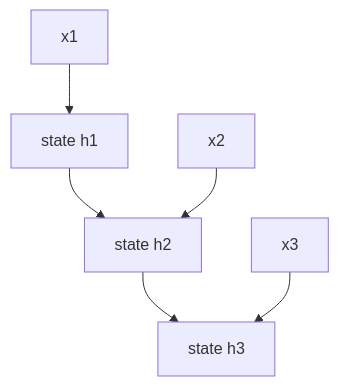
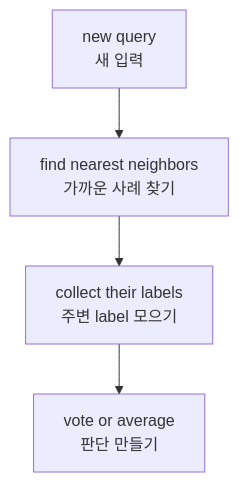
Before and after one commit to devchan64/AiBook: the first of 2 diagrams in docs/parts/part-04/chapter-12/section-01.md, drawn with Mermaid. The commit also changed other lines of this file and 213 other files, not shown here.

````diff
--- a/docs/parts/part-04/chapter-12/section-01.md
+++ b/docs/parts/part-04/chapter-12/section-01.md
@@ -135,15 +106,9 @@
 ```mermaid
 flowchart TD
-  A["x1"]
-  B["state h1"]
-  C["x2"]
-  D["state h2"]
-  E["x3"]
-  F["state h3"]
+  A["new query<br/>새 입력"]
+  B["find nearest neighbors<br/>가까운 사례 찾기"]
+  C["collect their labels<br/>주변 label 모으기"]
+  D["vote or average<br/>판단 만들기"]
 
-  A --> B
-  B --> D
-  C --> D
-  D --> F
-  E --> F
+  A --> B --> C --> D
 ```
````
